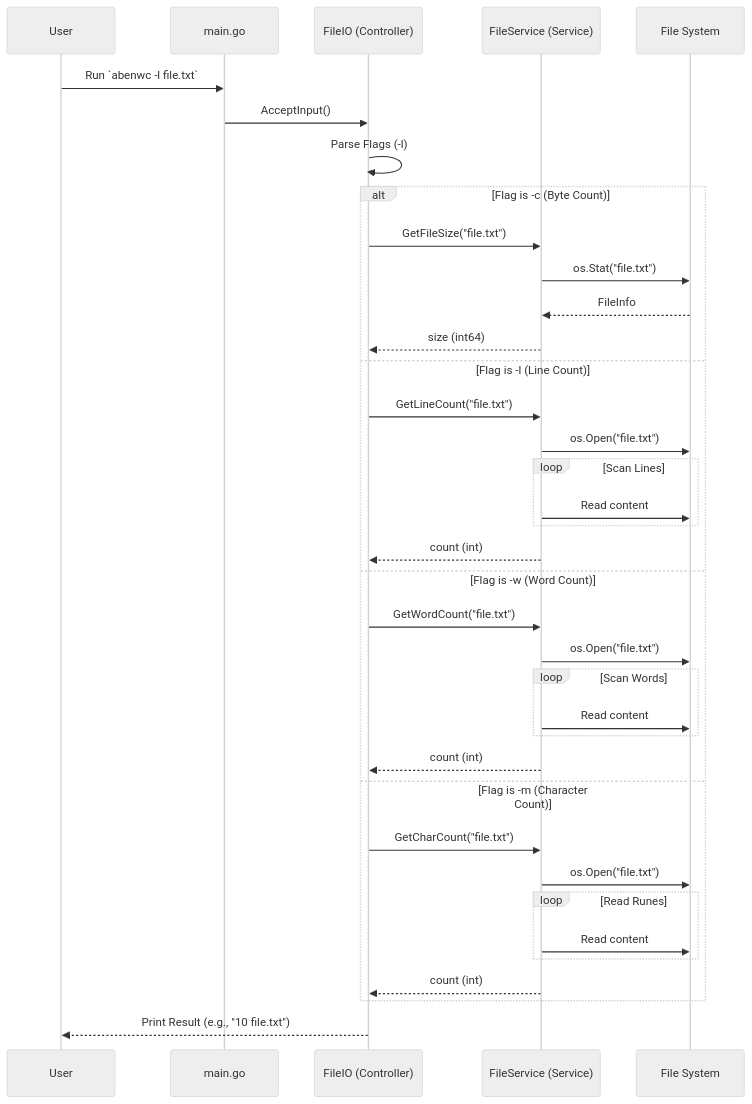
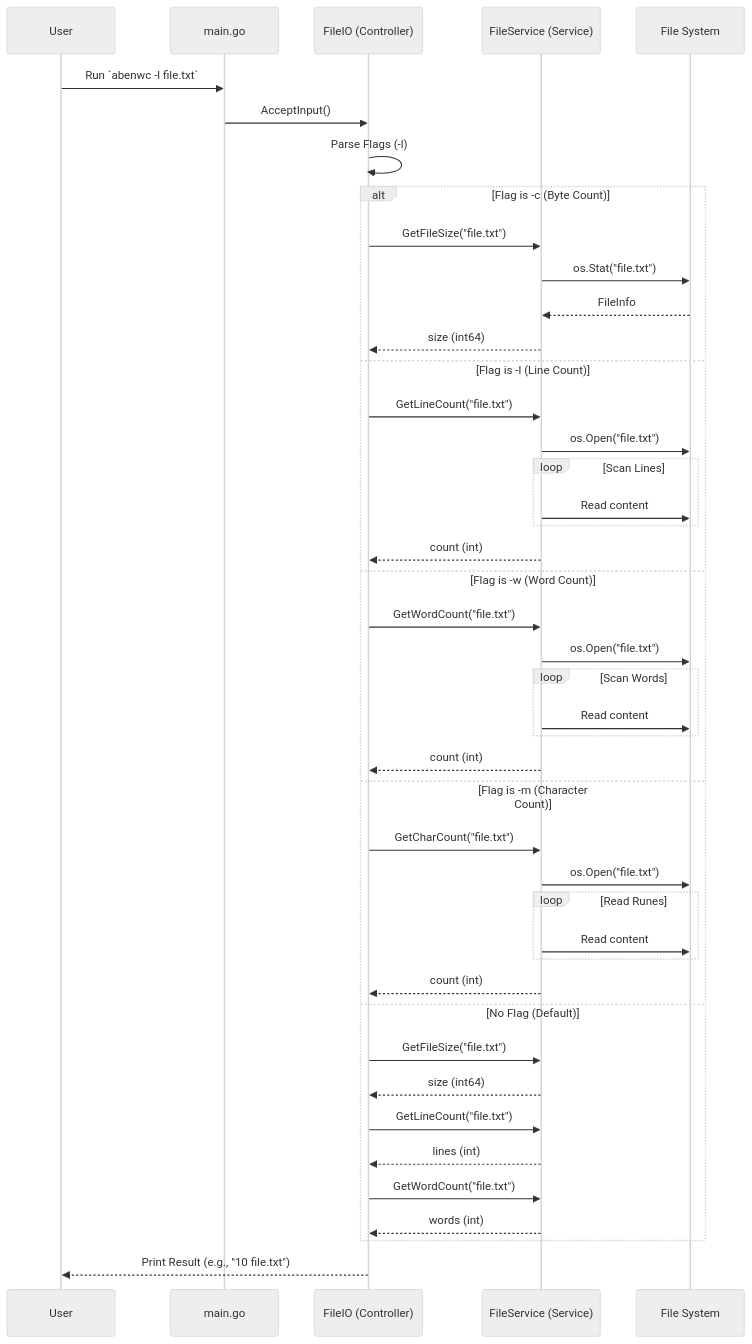
One commit to abeni-al7/aben-wc changed the second of 2 diagrams in docs/architecture.md. Above: the diagram before and after it, drawn with Mermaid (neutral theme). The commit also changed other lines of this file and 1 other file, not shown here.

Commit message:
[docs] Update architecture and Readme docs

````diff
--- a/docs/architecture.md
+++ b/docs/architecture.md
@@ -62,42 +63,49 @@
 ```mermaid
 sequenceDiagram
     participant User
     participant Main as main.go
     participant Controller as FileIO (Controller)
     participant Service as FileService (Service)
     participant FS as File System
 
     User->>Main: Run `abenwc -l file.txt`
     Main->>Controller: AcceptInput()
     Controller->>Controller: Parse Flags (-l)
     
     alt Flag is -c (Byte Count)
         Controller->>Service: GetFileSize("file.txt")
         Service->>FS: os.Stat("file.txt")
         FS-->>Service: FileInfo
         Service-->>Controller: size (int64)
     else Flag is -l (Line Count)
         Controller->>Service: GetLineCount("file.txt")
         Service->>FS: os.Open("file.txt")
         loop Scan Lines
             Service->>FS: Read content
         end
         Service-->>Controller: count (int)
     else Flag is -w (Word Count)
         Controller->>Service: GetWordCount("file.txt")
         Service->>FS: os.Open("file.txt")
         loop Scan Words
             Service->>FS: Read content
         end
         Service-->>Controller: count (int)
     else Flag is -m (Character Count)
         Controller->>Service: GetCharCount("file.txt")
         Service->>FS: os.Open("file.txt")
         loop Read Runes
             Service->>FS: Read content
         end
         Service-->>Controller: count (int)
+    else No Flag (Default)
+        Controller->>Service: GetFileSize("file.txt")
+        Service-->>Controller: size (int64)
+        Controller->>Service: GetLineCount("file.txt")
+        Service-->>Controller: lines (int)
+        Controller->>Service: GetWordCount("file.txt")
+        Service-->>Controller: words (int)
     end
 
     Controller-->>User: Print Result (e.g., "10 file.txt")
 ```
````
